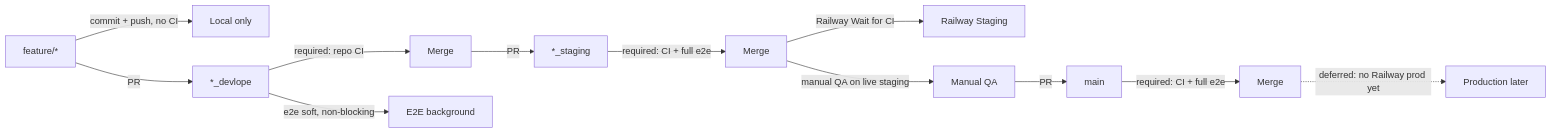
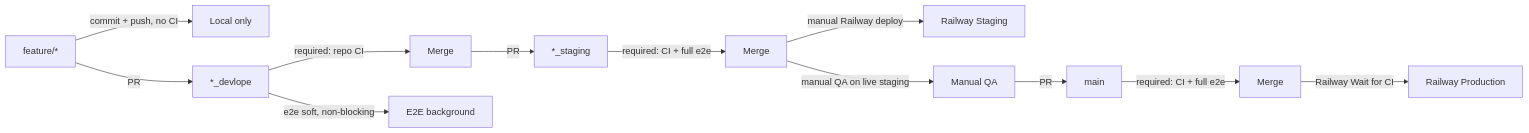
Before and after one commit to TorBook122/backend: the diagram in docs/GIT_WORKFLOW.md, drawn with Mermaid. The commit also changed other lines of this file and 2 other files, not shown here.

First line of the commit message:
docs(deploy): manual Railway staging deploy, auto production from main

````diff
--- a/docs/GIT_WORKFLOW.md
+++ b/docs/GIT_WORKFLOW.md
@@ -7,14 +7,14 @@
 ```mermaid
 flowchart LR
   feature["feature/*"] -->|"commit + push, no CI"| localPush[Local only]
   feature -->|"PR"| devlope["*_devlope"]
   devlope -->|"required: repo CI"| mergeDev[Merge]
   devlope -->|"e2e soft, non-blocking"| e2eSoft[E2E background]
   mergeDev -->|"PR"| staging["*_staging"]
   staging -->|"required: CI + full e2e"| mergeStg[Merge]
-  mergeStg -->|"Railway Wait for CI"| rwStg[Railway Staging]
+  mergeStg -->|"manual Railway deploy"| rwStg[Railway Staging]
   mergeStg -->|"manual QA on live staging"| qa[Manual QA]
   qa -->|"PR"| mainBr[main]
   mainBr -->|"required: CI + full e2e"| mergeMain[Merge]
-  mergeMain -.->|"deferred: no Railway prod yet"| prodLater[Production later]
+  mergeMain -->|"Railway Wait for CI"| rwProd[Railway Production]
 ```
````
